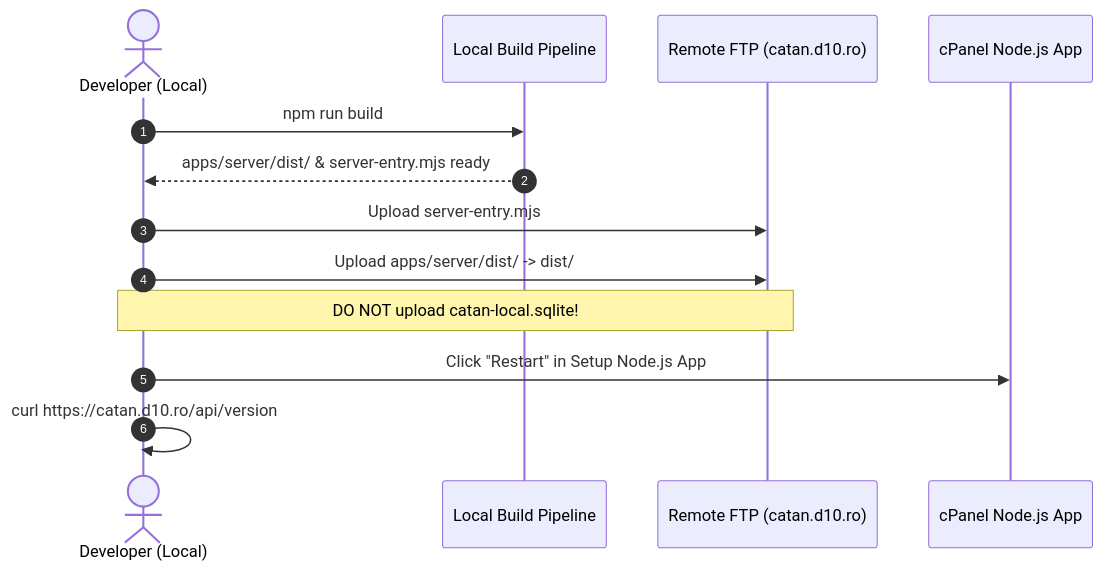
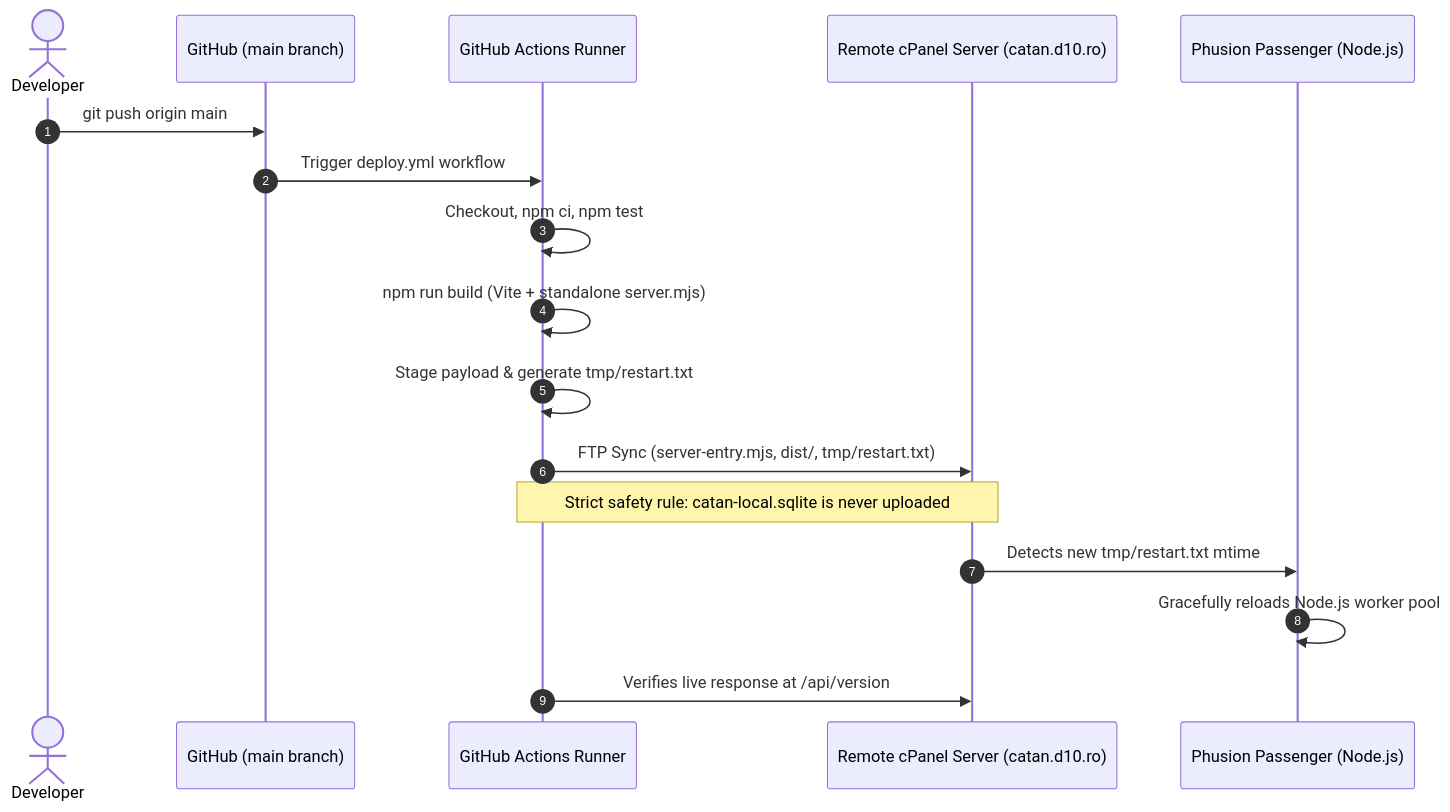
One commit to RacMailRO/catan changed the second of 2 diagrams in README.md. Above: the diagram before and after it, drawn with Mermaid. The commit also changed other lines of this file and 8 other files, not shown here.

Commit message:
ci: add GitHub Actions automated deployment workflow and full documentation

````diff
--- a/README.md
+++ b/README.md
@@ -183,16 +183,20 @@
 ```mermaid
 sequenceDiagram
     autonumber
-    actor Dev as Developer (Local)
-    participant Build as Local Build Pipeline
-    participant FTP as Remote FTP (catan.d10.ro)
-    participant cPanel as cPanel Node.js App
+    actor Dev as Developer
+    participant GH as GitHub (main branch)
+    participant Action as GitHub Actions Runner
+    participant FTP as Remote cPanel Server (catan.d10.ro)
+    participant Pass as Phusion Passenger (Node.js)
 
-    Dev->>Build: npm run build
-    Build-->>Dev: apps/server/dist/ & server-entry.mjs ready
-    Dev->>FTP: Upload server-entry.mjs
-    Dev->>FTP: Upload apps/server/dist/ -> dist/
-    Note over Dev,FTP: DO NOT upload catan-local.sqlite!
-    Dev->>cPanel: Click "Restart" in Setup Node.js App
-    Dev->>Dev: curl https://catan.d10.ro/api/version
+    Dev->>GH: git push origin main
+    GH->>Action: Trigger deploy.yml workflow
+    Action->>Action: Checkout, npm ci, npm test
+    Action->>Action: npm run build (Vite + standalone server.mjs)
+    Action->>Action: Stage payload & generate tmp/restart.txt
+    Action->>FTP: FTP Sync (server-entry.mjs, dist/, tmp/restart.txt)
+    Note over Action,FTP: Strict safety rule: catan-local.sqlite is never uploaded
+    FTP->>Pass: Detects new tmp/restart.txt mtime
+    Pass->>Pass: Gracefully reloads Node.js worker pool
+    Action->>FTP: Verifies live response at /api/version
 ```
````
